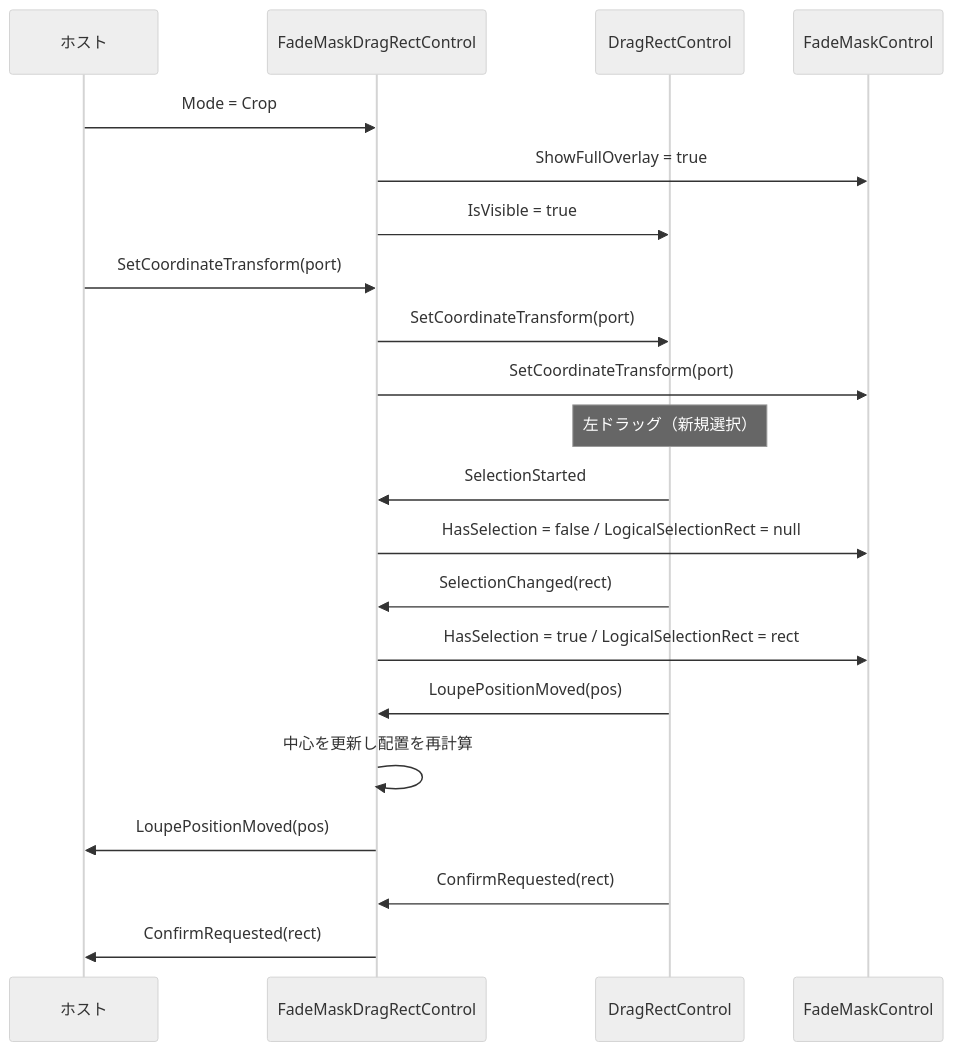
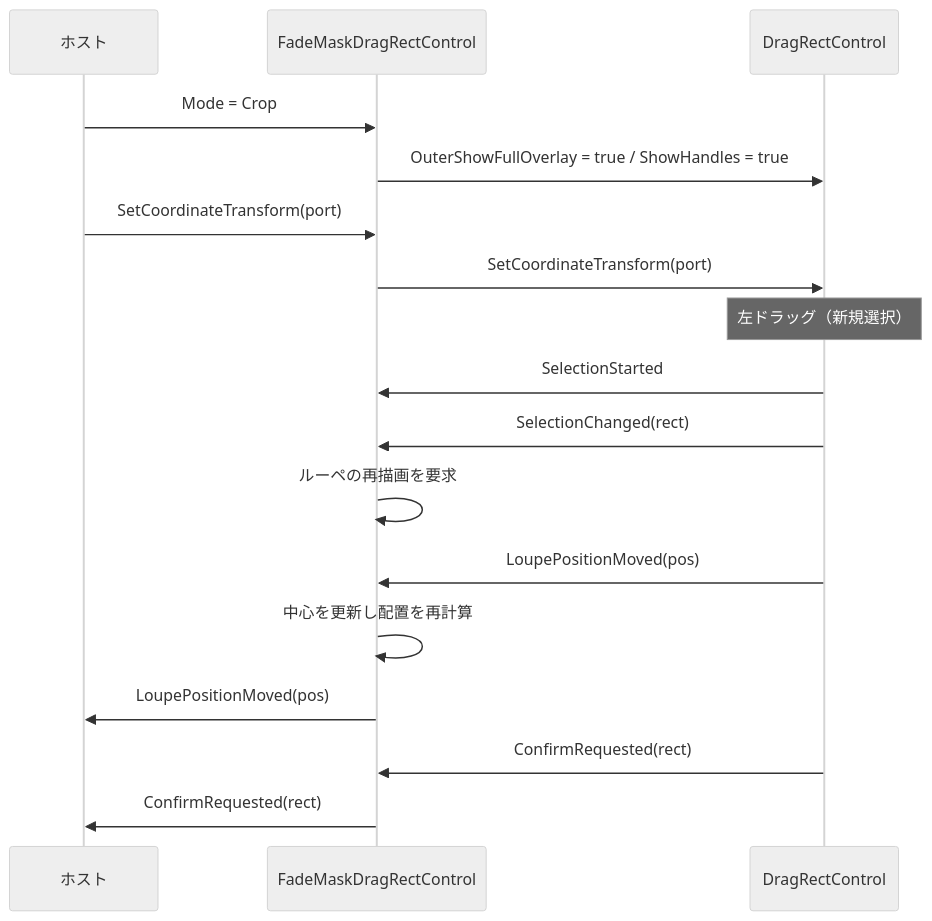
One commit to tomokuni/SaveEvidence changed the second of 4 diagrams in src/FadeMaskDragRectControl.MewUI/SPEC_System.md. Above: the diagram before and after it, drawn with Mermaid (neutral theme). The commit also changed other lines of this file and 178 other files, not shown here.

````diff
--- a/src/FadeMaskDragRectControl.MewUI/SPEC_System.md
+++ b/src/FadeMaskDragRectControl.MewUI/SPEC_System.md
@@ -183,24 +172,20 @@
 ```mermaid
 sequenceDiagram
     participant Host as ホスト
     participant Facade as FadeMaskDragRectControl
     participant Drag as DragRectControl
-    participant Overlay as FadeMaskControl
 
     Host->>Facade: Mode = Crop
-    Facade->>Overlay: ShowFullOverlay = true
-    Facade->>Drag: IsVisible = true
+    Facade->>Drag: OuterShowFullOverlay = true / ShowHandles = true
     Host->>Facade: SetCoordinateTransform(port)
     Facade->>Drag: SetCoordinateTransform(port)
-    Facade->>Overlay: SetCoordinateTransform(port)
     Note over Drag: 左ドラッグ（新規選択）
     Drag->>Facade: SelectionStarted
-    Facade->>Overlay: HasSelection = false / LogicalSelectionRect = null
     Drag->>Facade: SelectionChanged(rect)
-    Facade->>Overlay: HasSelection = true / LogicalSelectionRect = rect
+    Facade->>Facade: ルーペの再描画を要求
     Drag->>Facade: LoupePositionMoved(pos)
     Facade->>Facade: 中心を更新し配置を再計算
     Facade->>Host: LoupePositionMoved(pos)
     Drag->>Facade: ConfirmRequested(rect)
     Facade->>Host: ConfirmRequested(rect)
 ```
````
